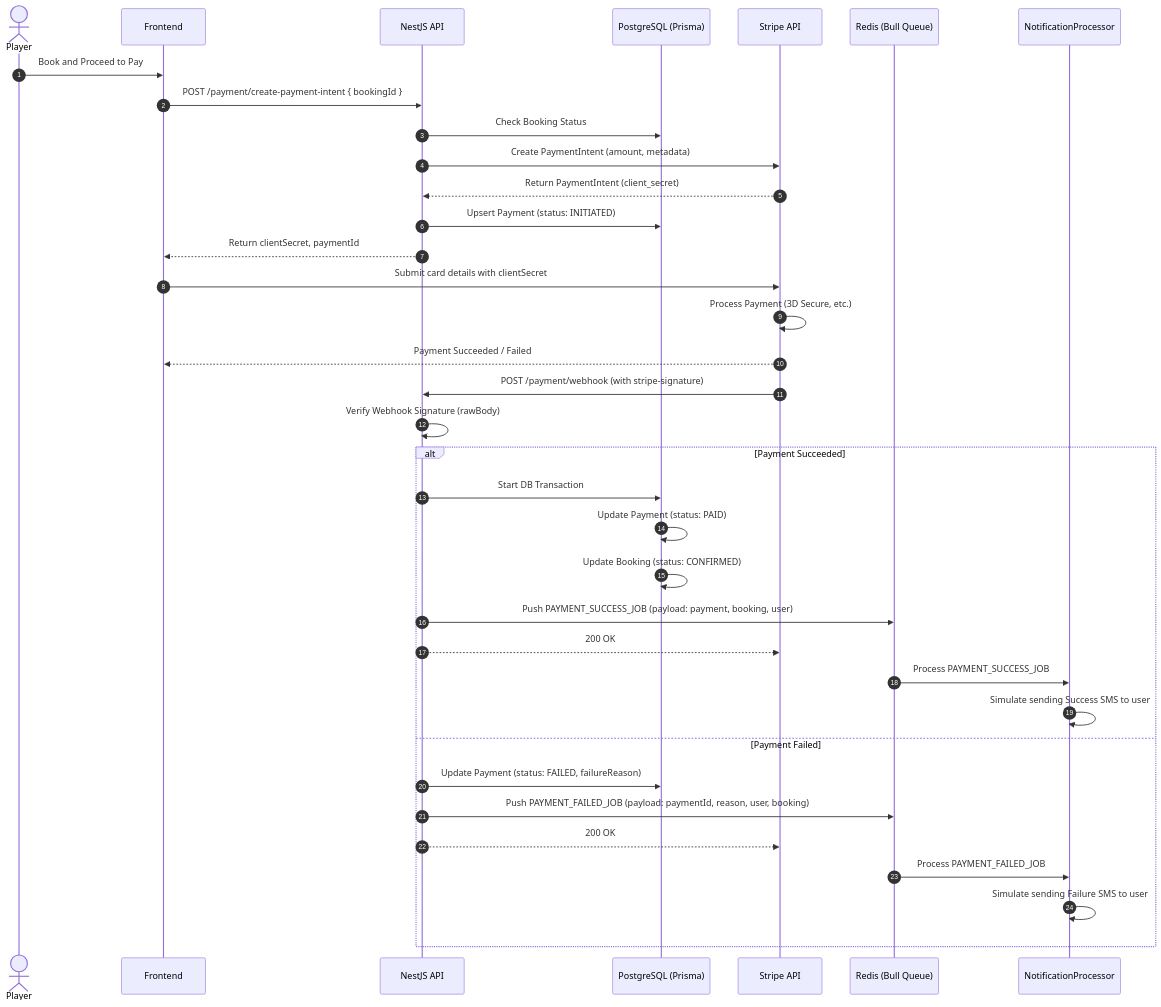
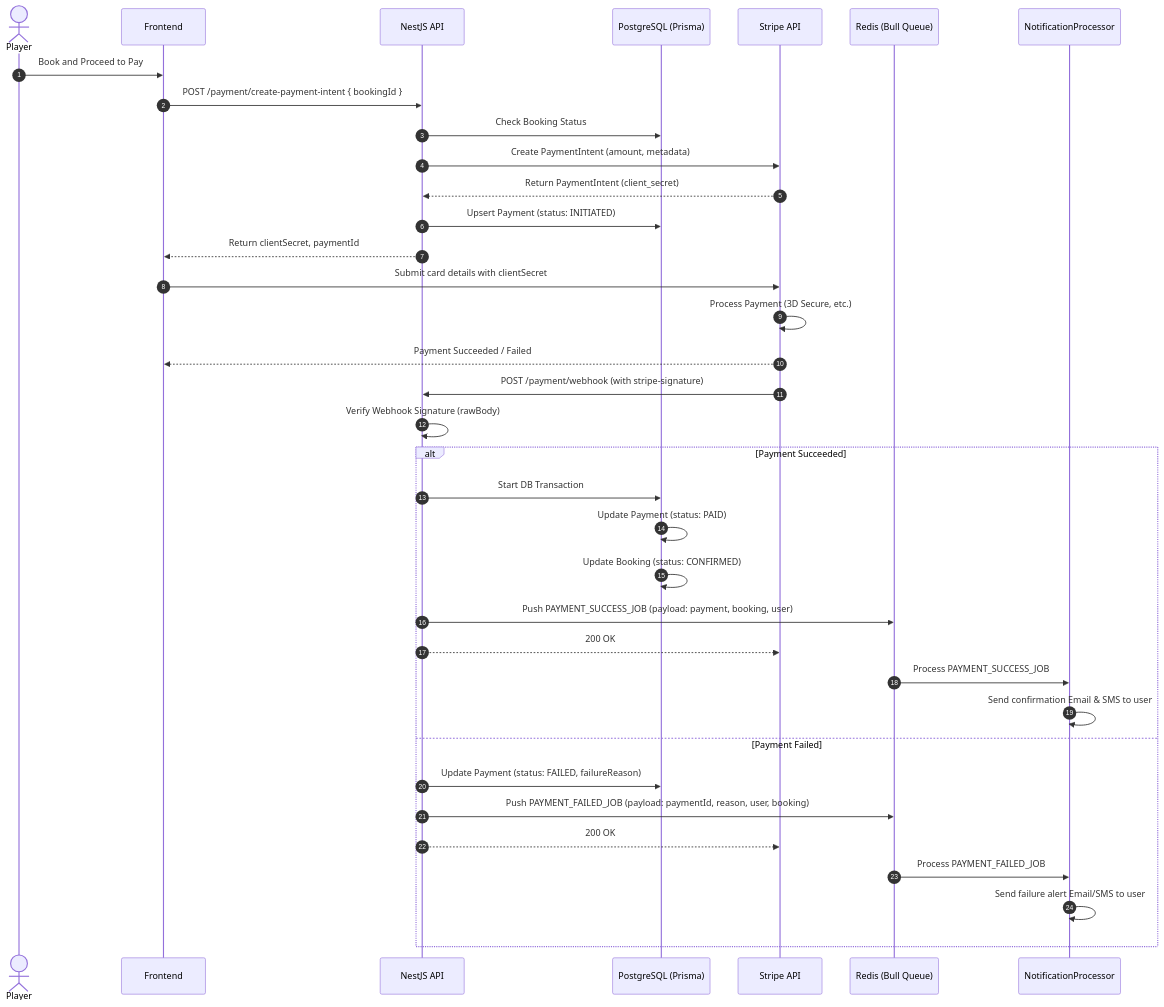
One commit to awoladhossain/TurfSync changed the first of 2 diagrams in README.md. Above: the diagram before and after it, drawn with Mermaid. The commit also changed other lines of this file, not shown here.

Commit message:
docs: update and redesign README.md with badges, collapsible sections, and coupon flows

````diff
--- a/README.md
+++ b/README.md
@@ -113,49 +123,49 @@
 ```mermaid
 sequenceDiagram
     autonumber
     actor Player
     participant Client as Frontend
     participant Server as NestJS API
     participant DB as PostgreSQL (Prisma)
     participant Stripe as Stripe API
     participant Queue as Redis (Bull Queue)
     participant Processor as NotificationProcessor
 
     %% Phase 1: Create Payment Intent
     Player->>Client: Book and Proceed to Pay
     Client->>Server: POST /payment/create-payment-intent { bookingId }
     Server->>DB: Check Booking Status
     Server->>Stripe: Create PaymentIntent (amount, metadata)
     Stripe-->>Server: Return PaymentIntent (client_secret)
     Server->>DB: Upsert Payment (status: INITIATED)
     Server-->>Client: Return clientSecret, paymentId
 
     %% Phase 2: Stripe Payment Processing
     Client->>Stripe: Submit card details with clientSecret
     Stripe->>Stripe: Process Payment (3D Secure, etc.)
     Stripe-->>Client: Payment Succeeded / Failed
 
     %% Phase 3: Stripe Webhook Notification
     Stripe->>Server: POST /payment/webhook (with stripe-signature)
     Server->>Server: Verify Webhook Signature (rawBody)
     
     alt Payment Succeeded
         Server->>DB: Start DB Transaction
         DB->>DB: Update Payment (status: PAID)
         DB->>DB: Update Booking (status: CONFIRMED)
         Server->>Queue: Push PAYMENT_SUCCESS_JOB (payload: payment, booking, user)
         Server-->>Stripe: 200 OK
         
         %% Async Notification
         Queue->>Processor: Process PAYMENT_SUCCESS_JOB
-        Processor->>Processor: Simulate sending Success SMS to user
+        Processor->>Processor: Send confirmation Email & SMS to user
     else Payment Failed
         Server->>DB: Update Payment (status: FAILED, failureReason)
         Server->>Queue: Push PAYMENT_FAILED_JOB (payload: paymentId, reason, user, booking)
         Server-->>Stripe: 200 OK
         
         %% Async Notification
         Queue->>Processor: Process PAYMENT_FAILED_JOB
-        Processor->>Processor: Simulate sending Failure SMS to user
+        Processor->>Processor: Send failure alert Email/SMS to user
     end
 ```
````
